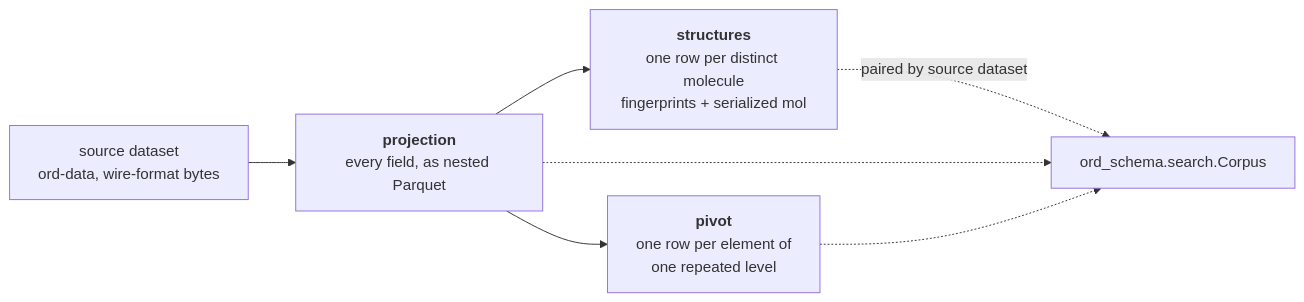
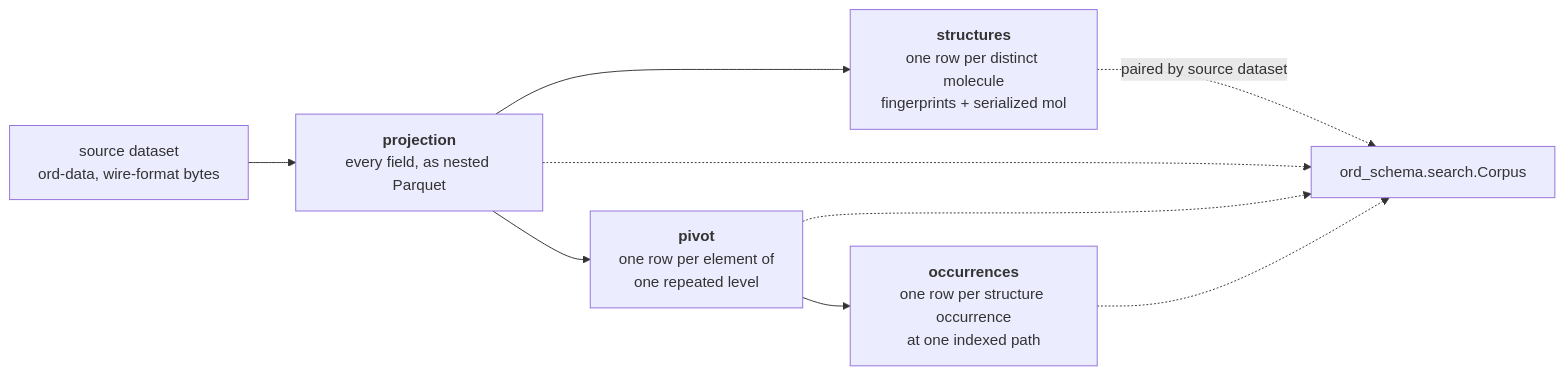
The diagram in ord_schema/artifacts/README.md (open-reaction-database/ord-schema), drawn with Mermaid before and after one commit. The commit also changed other lines of this file and 5 other files, not shown here.

````diff
--- a/ord_schema/artifacts/README.md
+++ b/ord_schema/artifacts/README.md
@@ -12,9 +12,11 @@
 ```mermaid
 flowchart LR
     D["source dataset<br/>ord-data, wire-format bytes"] --> P["<b>projection</b><br/>every field, as nested Parquet"]
     P --> S["<b>structures</b><br/>one row per distinct molecule<br/>fingerprints + serialized mol"]
     P --> V["<b>pivot</b><br/>one row per element of<br/>one repeated level"]
+    V --> O["<b>occurrences</b><br/>one row per structure occurrence<br/>at one indexed path"]
     S -.->|"paired by source dataset"| C["ord_schema.search.Corpus"]
     P -.-> C
     V -.-> C
+    O -.-> C
 ```
````
